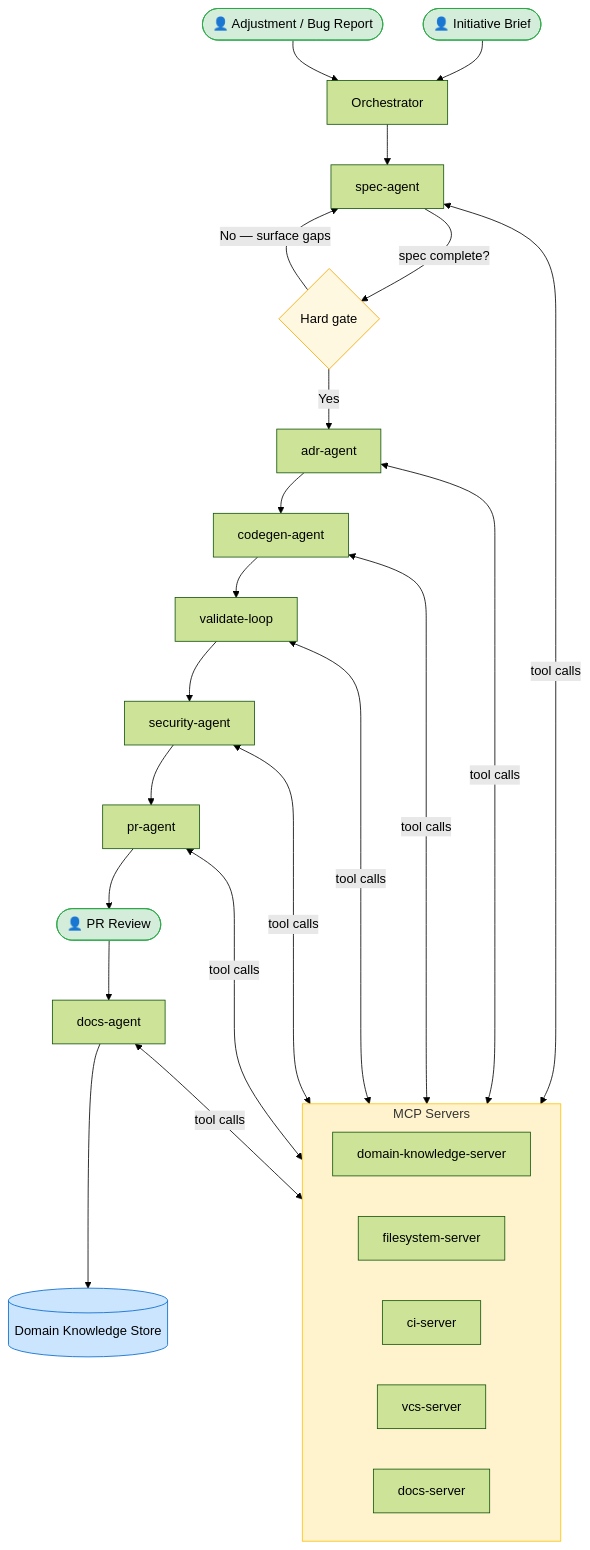
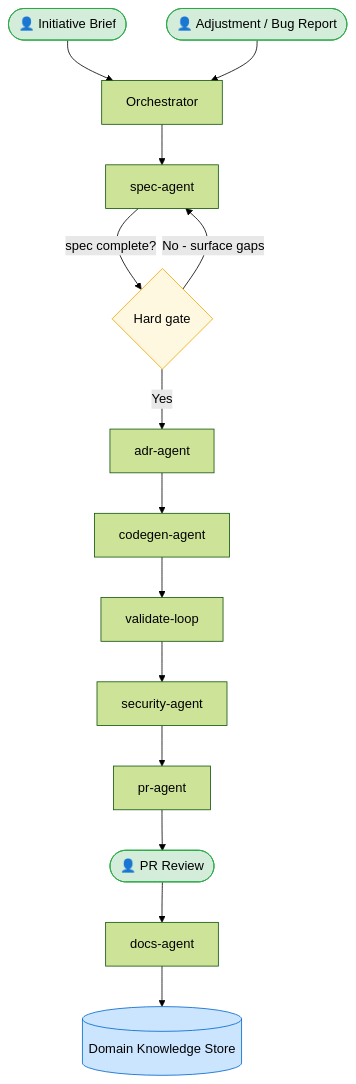
The first of 5 diagrams in planifest-docs/p001-planifest-master-plan.md (planifest/planifest-framework), drawn with Mermaid (forest theme) before and after one commit. The commit also changed other lines of this file and 56 other files, not shown here.

````diff
--- a/planifest-docs/p001-planifest-master-plan.md
+++ b/planifest-docs/p001-planifest-master-plan.md
@@ -68,40 +66,23 @@
 ```mermaid
 flowchart TD
     A([👤 Initiative Brief]) --> ORCH[Orchestrator]
     Z([👤 Adjustment / Bug Report]) --> ORCH
 
     ORCH --> SA[spec-agent]
     SA -->|spec complete?| GATE1{Hard gate}
-    GATE1 -->|No — surface gaps| SA
+    GATE1 -->|No - surface gaps| SA
     GATE1 -->|Yes| AA[adr-agent]
     AA --> CA[codegen-agent]
     CA --> VA[validate-loop]
     VA --> SEC[security-agent]
     SEC --> PRA[pr-agent]
     PRA --> HGATE([👤 PR Review])
     HGATE --> DA[docs-agent]
     DA --> DKS[(Domain Knowledge Store)]
 
-    subgraph MCP["MCP Servers"]
-        M1["domain-knowledge-server"]
-        M2["filesystem-server"]
-        M3["ci-server"]
-        M4["vcs-server"]
-        M5["docs-server"]
-    end
-
-    SA <-->|tool calls| MCP
-    AA <-->|tool calls| MCP
-    CA <-->|tool calls| MCP
-    VA <-->|tool calls| MCP
-    SEC <-->|tool calls| MCP
-    PRA <-->|tool calls| MCP
-    DA <-->|tool calls| MCP
-
     style A fill:#d4edda,stroke:#28a745,color:#000
     style Z fill:#d4edda,stroke:#28a745,color:#000
     style HGATE fill:#d4edda,stroke:#28a745,color:#000
     style GATE1 fill:#fff8e1,stroke:#f0a500
-    style MCP fill:#fff3cd,stroke:#ffc107
     style DKS fill:#cce5ff,stroke:#0066cc
 ```
````
